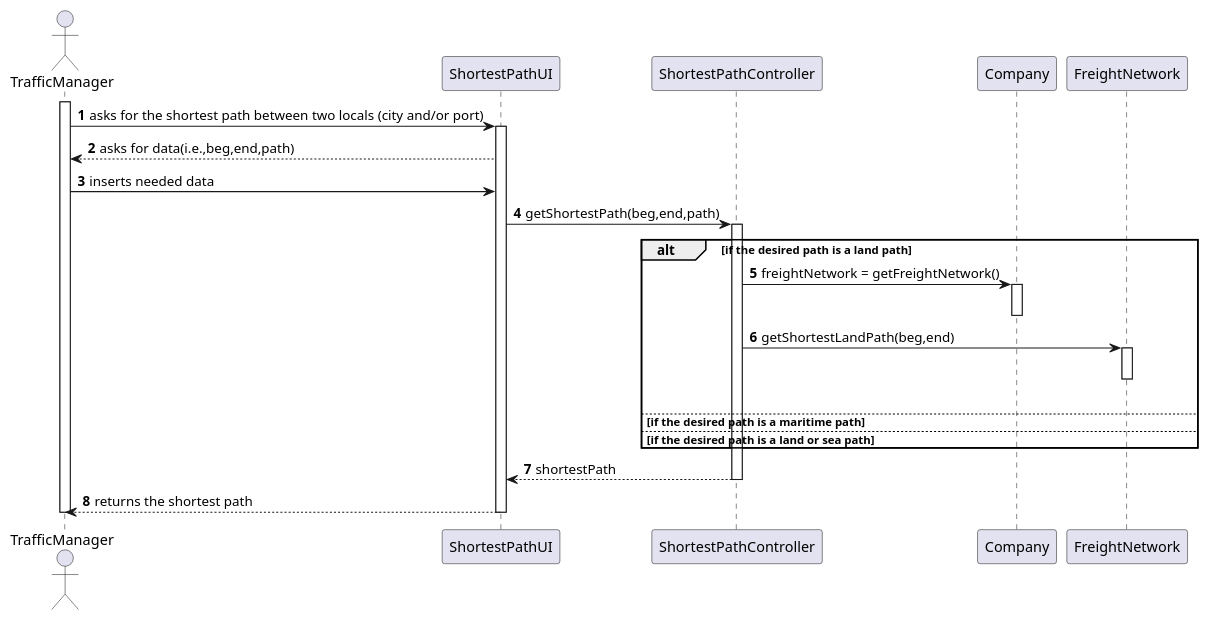
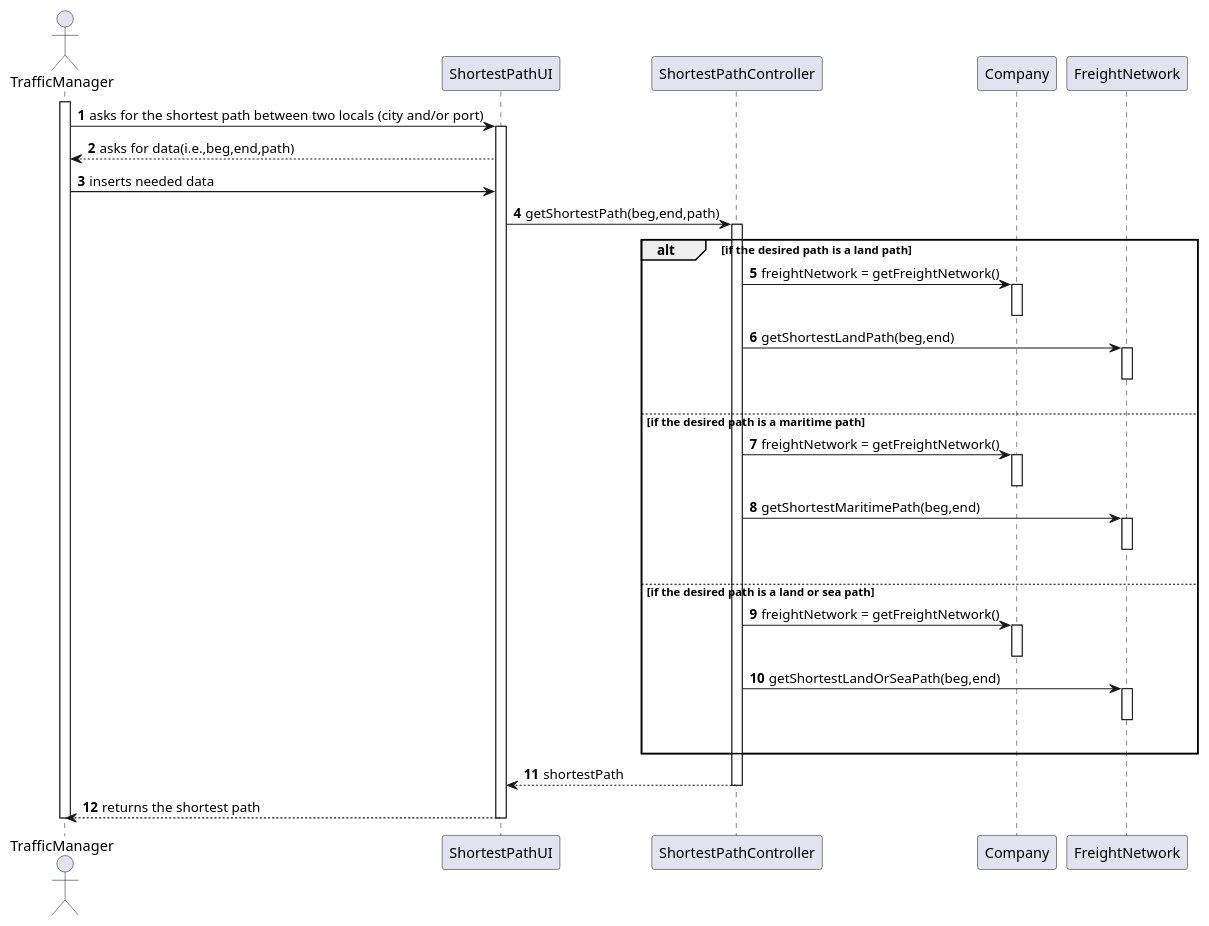
One commit to ana-albergaria/LAPR3-ISEP changed the diagram in docs/Sprint 4/US402/US402_SD.puml. Above: the diagram before and after it, drawn with PlantUML. The commit also changed 2 other files, not shown here.

```diff
--- a/docs/Sprint 4/US402/US402_SD.puml
+++ b/docs/Sprint 4/US402/US402_SD.puml
@@ -1,38 +1,50 @@
 @startuml
 
 autonumber
 actor TrafficManager as C
 participant "ShortestPathUI" as UI
 participant "ShortestPathController" as CTRL
 participant "Company" as COMPANY
 participant "FreightNetwork" as NET
 
 activate C
 C -> UI : asks for the shortest path between two locals (city and/or port)
 activate UI
 UI --> C : asks for data(i.e.,beg,end,path)
 C -> UI : inserts needed data
 UI -> CTRL : getShortestPath(beg,end,path)
 activate CTRL
 alt if the desired path is a land path
 CTRL -> COMPANY : freightNetwork = getFreightNetwork()
 activate COMPANY
 deactivate COMPANY
 CTRL -> NET : getShortestLandPath(beg,end)
 activate NET
 |||
 deactivate NET
 else if the desired path is a maritime path
-
+CTRL -> COMPANY : freightNetwork = getFreightNetwork()
+activate COMPANY
+deactivate COMPANY
+CTRL -> NET : getShortestMaritimePath(beg,end)
+activate NET
+|||
+deactivate NET
 else if the desired path is a land or sea path
-
+CTRL -> COMPANY : freightNetwork = getFreightNetwork()
+activate COMPANY
+deactivate COMPANY
+CTRL -> NET : getShortestLandOrSeaPath(beg,end)
+activate NET
+|||
+deactivate NET
 end
 CTRL --> UI : shortestPath
 deactivate CTRL
 UI --> C : returns the shortest path
 deactivate UI
 
 deactivate C
 
 
 @enduml
```
